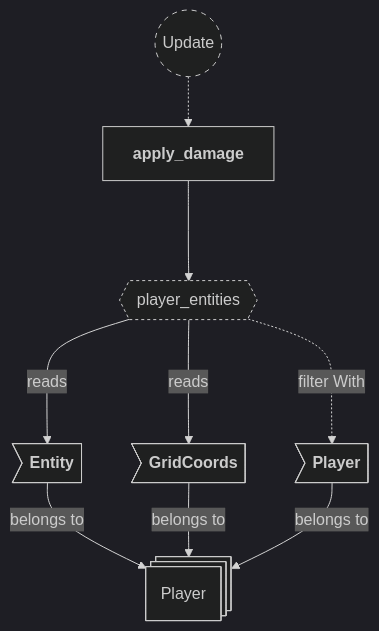
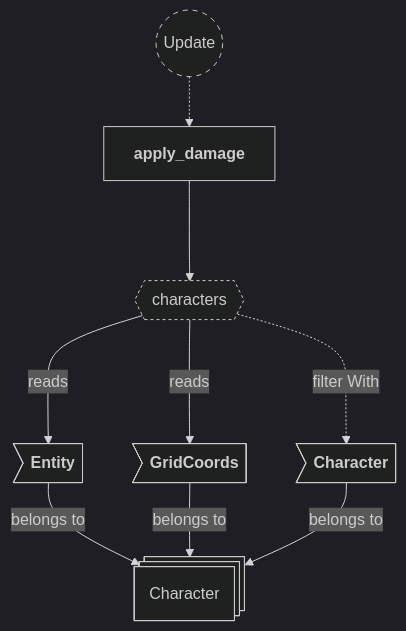
One commit to neurosoup/tyled changed the third of 6 diagrams in backlog/docs/doc-8 - 007-Claim-plugin.md. Above: the diagram before and after it, drawn with Mermaid. The commit also changed other lines of this file and 7 other files, not shown here.

````diff
--- a/backlog/docs/doc-8 - 007-Claim-plugin.md
+++ b/backlog/docs/doc-8 - 007-Claim-plugin.md
@@ -110,28 +110,28 @@
 ```mermaid
 ---
 config:
   theme: dark
 ---
 
 flowchart TD
 classDef system-group stroke-dasharray: 5 5
 classDef query stroke-dasharray: 3 3
 
 update(("`Update`")):::system-group
 apply_damage["`**apply_damage**`"]
 
 update -.-> apply_damage
 
-player_entities_query{{"`player_entities`"}}:::query
-apply_damage ---> player_entities_query
+characters_query{{"`characters`"}}:::query
+apply_damage ---> characters_query
 
-player_entity@{ shape: st-rect, label: "Player" }
+character_entity@{ shape: st-rect, label: "Character" }
 
-pe_entity>"`**Entity**`"] --> |belongs to| player_entity
-pe_grid_coords>"`**GridCoords**`"] --> |belongs to| player_entity
-pe_player>"`**Player**`"] --> |belongs to| player_entity
+pe_entity>"`**Entity**`"] --> |belongs to| character_entity
+pe_grid_coords>"`**GridCoords**`"] --> |belongs to| character_entity
+pe_character>"`**Character**`"] --> |belongs to| character_entity
 
-player_entities_query ---> |reads| pe_entity
-player_entities_query ---> |reads| pe_grid_coords
-player_entities_query -..-> |filter With| pe_player
+characters_query ---> |reads| pe_entity
+characters_query ---> |reads| pe_grid_coords
+characters_query -..-> |filter With| pe_character
 ```
````
